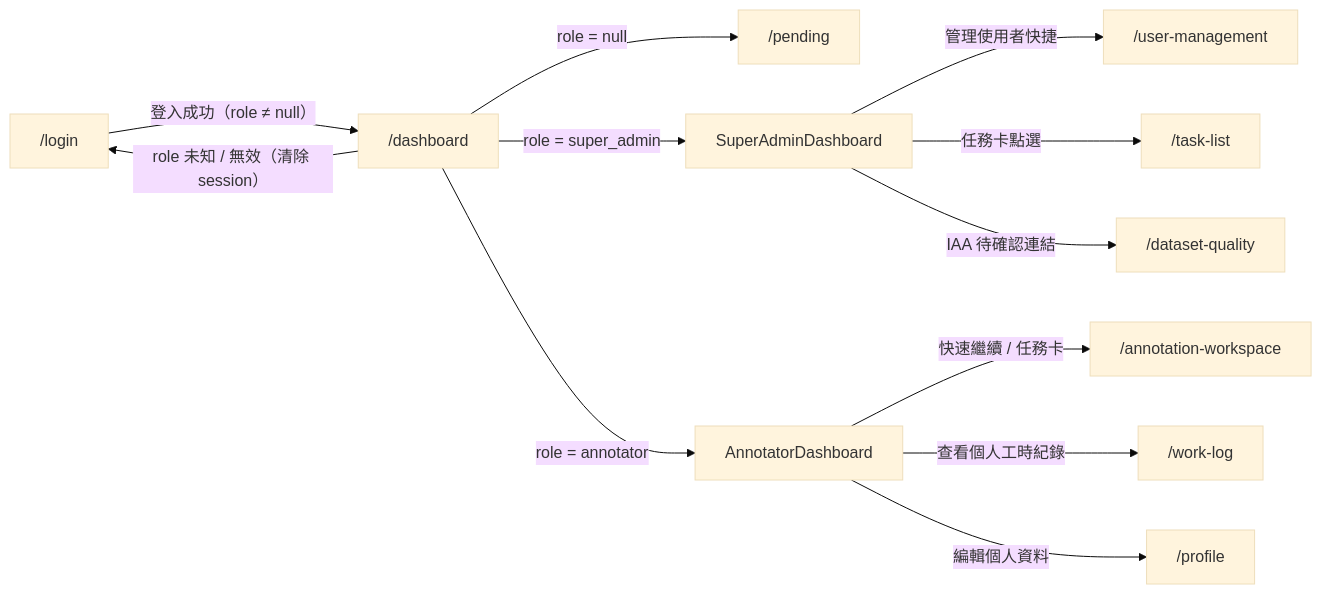
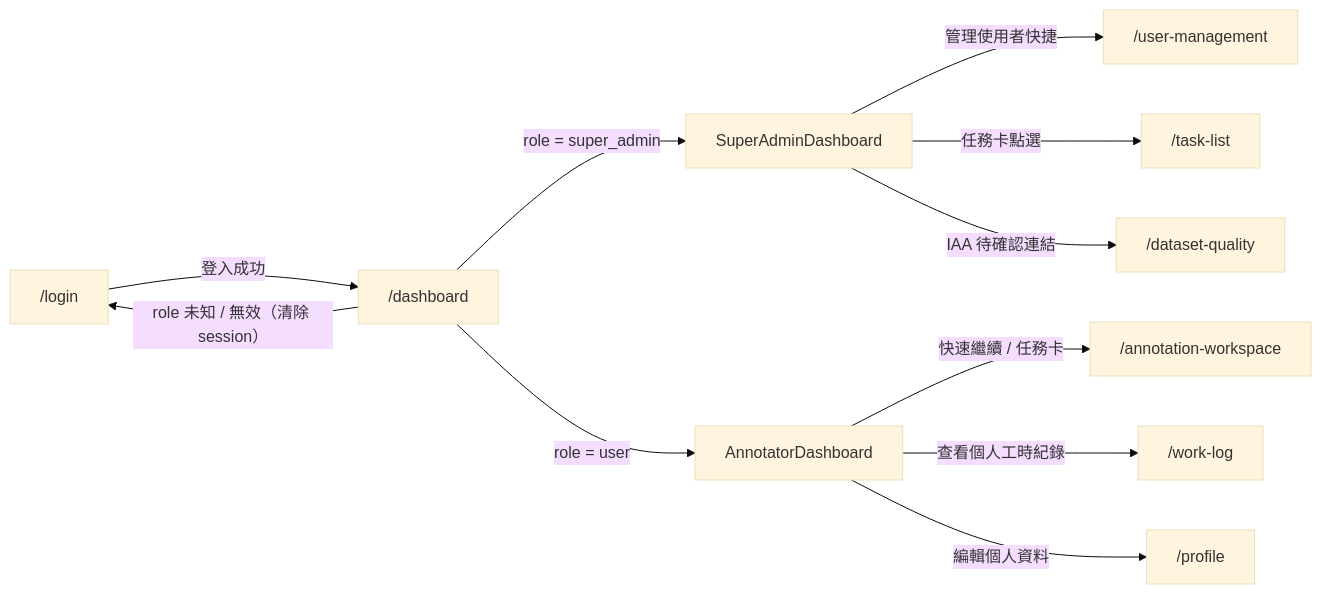
One commit to singyichen/label-suite changed the second of 2 diagrams in specs/dashboard/012-dashboard/spec.md. Above: the diagram before and after it, drawn with Mermaid (base theme). The commit also changed other lines of this file and 1 other file, not shown here.

First line of the commit message:
docs: remove pending state from specs — align with user role refactor

````diff
--- a/specs/dashboard/012-dashboard/spec.md
+++ b/specs/dashboard/012-dashboard/spec.md
@@ -129,28 +125,26 @@
 ```mermaid
 flowchart LR
     login["/login"]
-    pending["/pending"]
     dashboard["/dashboard"]
     superAdminDash["SuperAdminDashboard"]
     annotatorDash["AnnotatorDashboard"]
     taskList["/task-list"]
     annotWorkspace["/annotation-workspace"]
     workLog["/work-log"]
     profile["/profile"]
     userMgmt["/user-management"]
     datasetQuality["/dataset-quality"]
 
-    login      -->|"登入成功（role ≠ null）"| dashboard
-    dashboard  -->|"role = null"| pending
+    login      -->|"登入成功"| dashboard
     dashboard  -->|"role 未知 / 無效（清除 session）"| login
     dashboard  -->|"role = super_admin"| superAdminDash
-    dashboard  -->|"role = annotator"| annotatorDash
+    dashboard  -->|"role = user"| annotatorDash
 
     superAdminDash -->|"管理使用者快捷"| userMgmt
     superAdminDash -->|"任務卡點選"| taskList
     superAdminDash -->|"IAA 待確認連結"| datasetQuality
 
     annotatorDash  -->|"快速繼續 / 任務卡"| annotWorkspace
     annotatorDash  -->|"查看個人工時紀錄"| workLog
     annotatorDash  -->|"編輯個人資料"| profile
 ```
````
